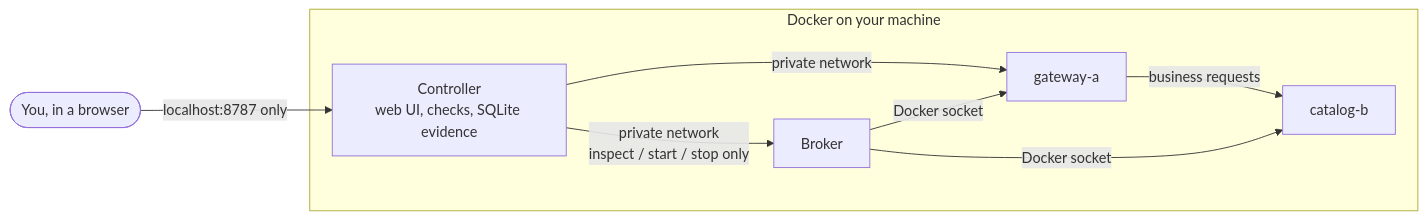
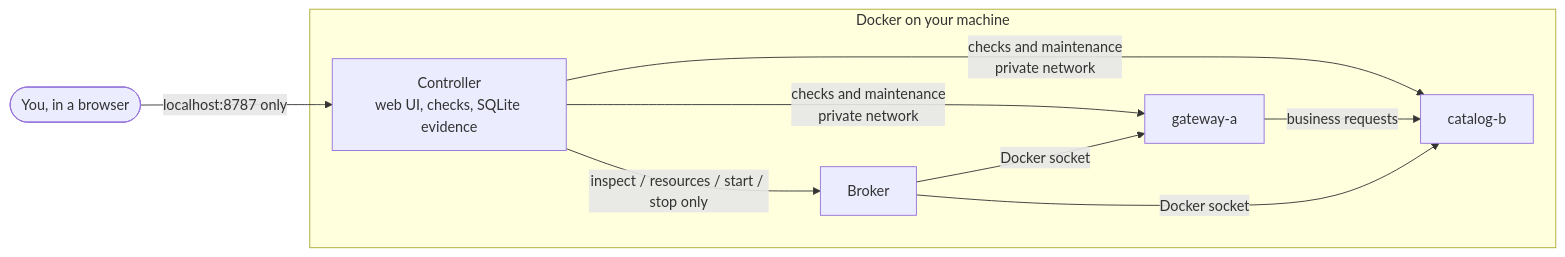
One commit to choochootrain23/aegis-fault-lab changed the diagram in README.md. Above: the diagram before and after it, drawn with Mermaid. The commit also changed other lines of this file, not shown here.

````diff
--- a/README.md
+++ b/README.md
@@ -13,11 +150,12 @@
 ```mermaid
 flowchart LR
   you([You, in a browser]) -->|localhost:8787 only| controller
   subgraph docker [Docker on your machine]
-    controller[Controller<br/>web UI, checks, SQLite evidence] -->|private network| gateway[gateway-a]
-    gateway -->|business requests| catalog[catalog-b]
-    controller -->|private network<br/>inspect / start / stop only| broker[Broker]
+    controller[Controller<br/>web UI, checks, SQLite evidence] -->|checks and maintenance<br/>private network| gateway[gateway-a]
+    controller -->|checks and maintenance<br/>private network| catalog[catalog-b]
+    gateway -->|business requests| catalog
+    controller -->|inspect / resources / start / stop only| broker[Broker]
     broker -->|Docker socket| gateway
     broker -->|Docker socket| catalog
   end
 ```
````
